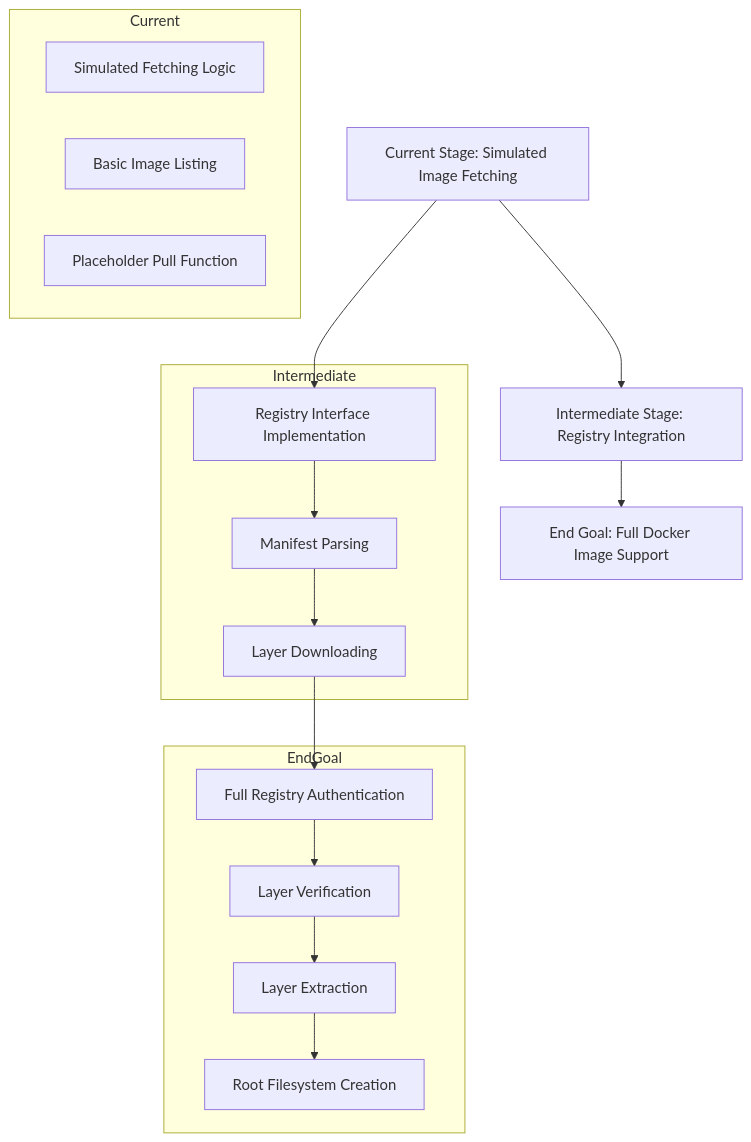
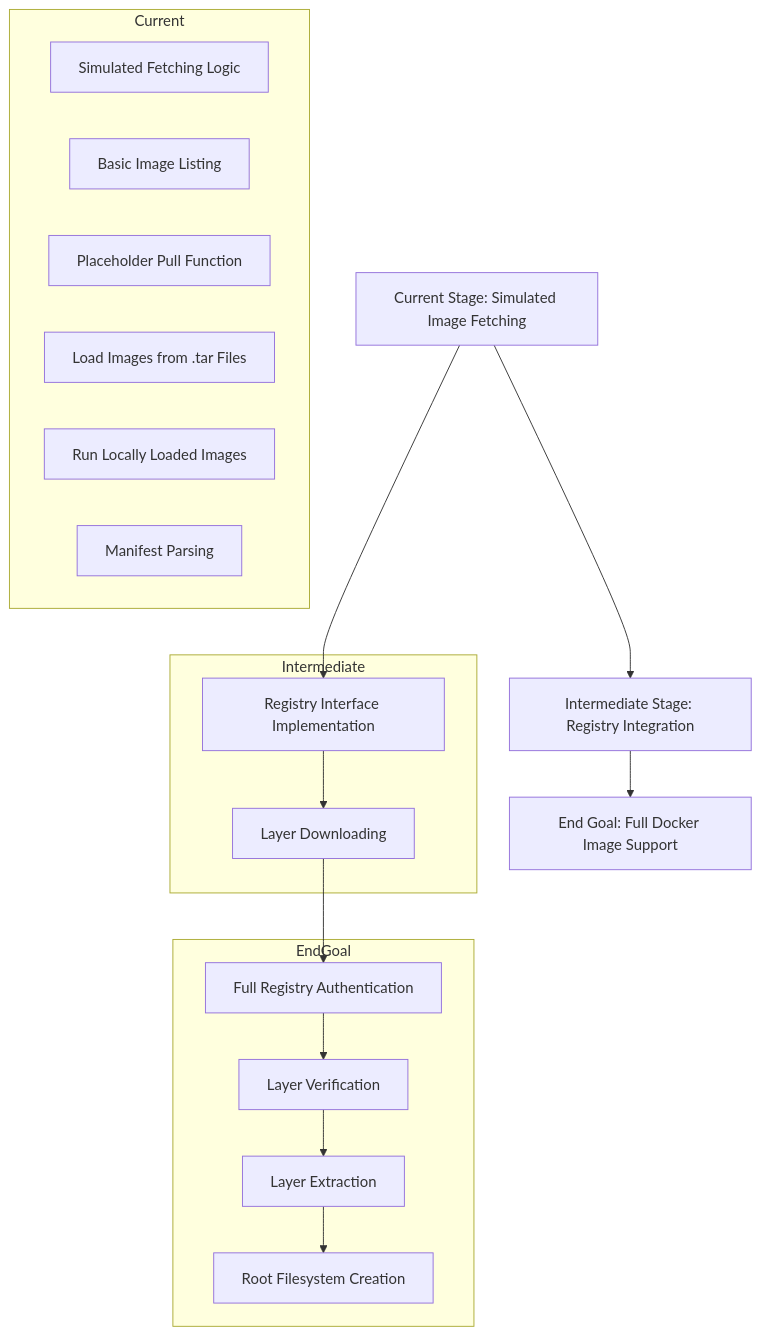
Before and after one commit to j143/basic-docker-engine: the diagram in adr-003-docker-image-download.md, drawn with Mermaid. The commit also changed other lines of this file and 2 other files, not shown here.

````diff
--- a/adr-003-docker-image-download.md
+++ b/adr-003-docker-image-download.md
@@ -58,36 +58,37 @@
 ```mermaid
 graph TD
     A[Current Stage: Simulated Image Fetching] --> B[Intermediate Stage: Registry Integration]
     B --> C[End Goal: Full Docker Image Support]
 
     %% Current Stage
     subgraph Current
         A1[Simulated Fetching Logic]
         A2[Basic Image Listing]
         A3[Placeholder Pull Function]
+        A4[Load Images from .tar Files]
+        A5[Run Locally Loaded Images]
+        A6[Manifest Parsing]
     end
 
     %% Intermediate Stage
     subgraph Intermediate
         B1[Registry Interface Implementation]
-        B2[Manifest Parsing]
-        B3[Layer Downloading]
+        B2[Layer Downloading]
     end
 
     %% End Goal
     subgraph EndGoal
         C1[Full Registry Authentication]
         C2[Layer Verification]
         C3[Layer Extraction]
         C4[Root Filesystem Creation]
     end
 
     %% Connections
     A --> B1
     B1 --> B2
-    B2 --> B3
-    B3 --> C1
+    B2 --> C1
     C1 --> C2
     C2 --> C3
     C3 --> C4
 ```
````
